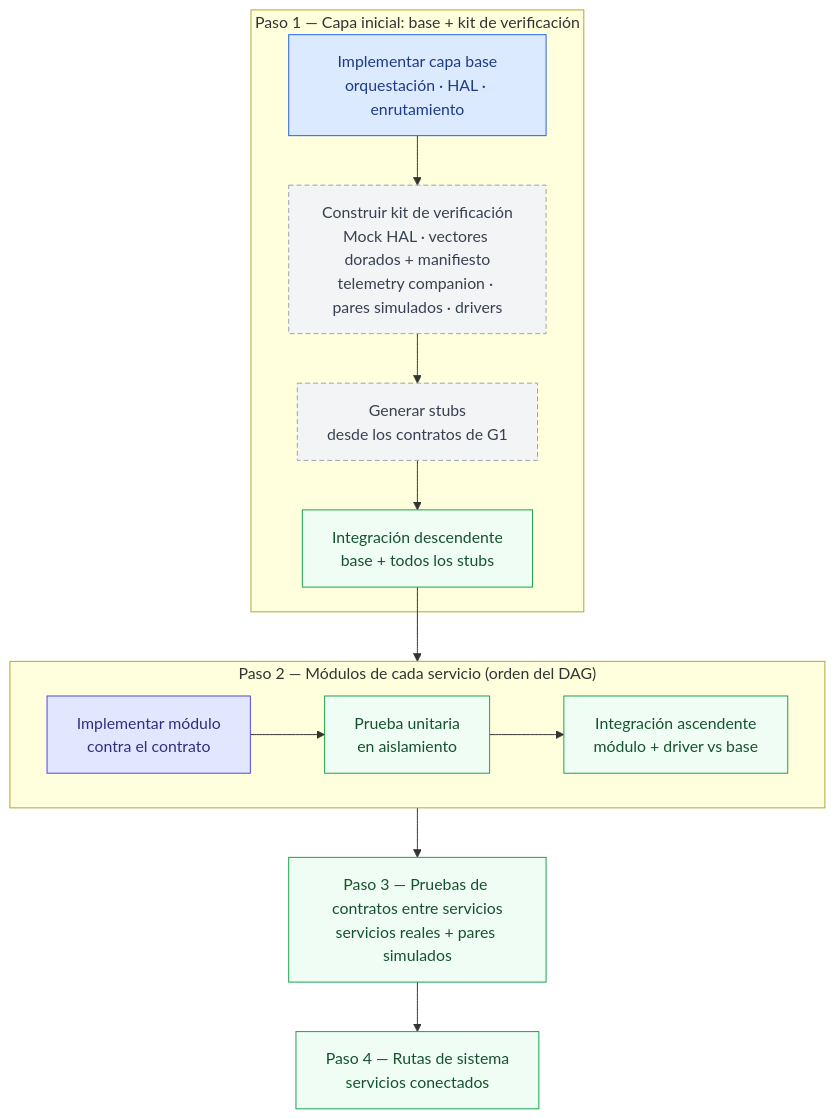
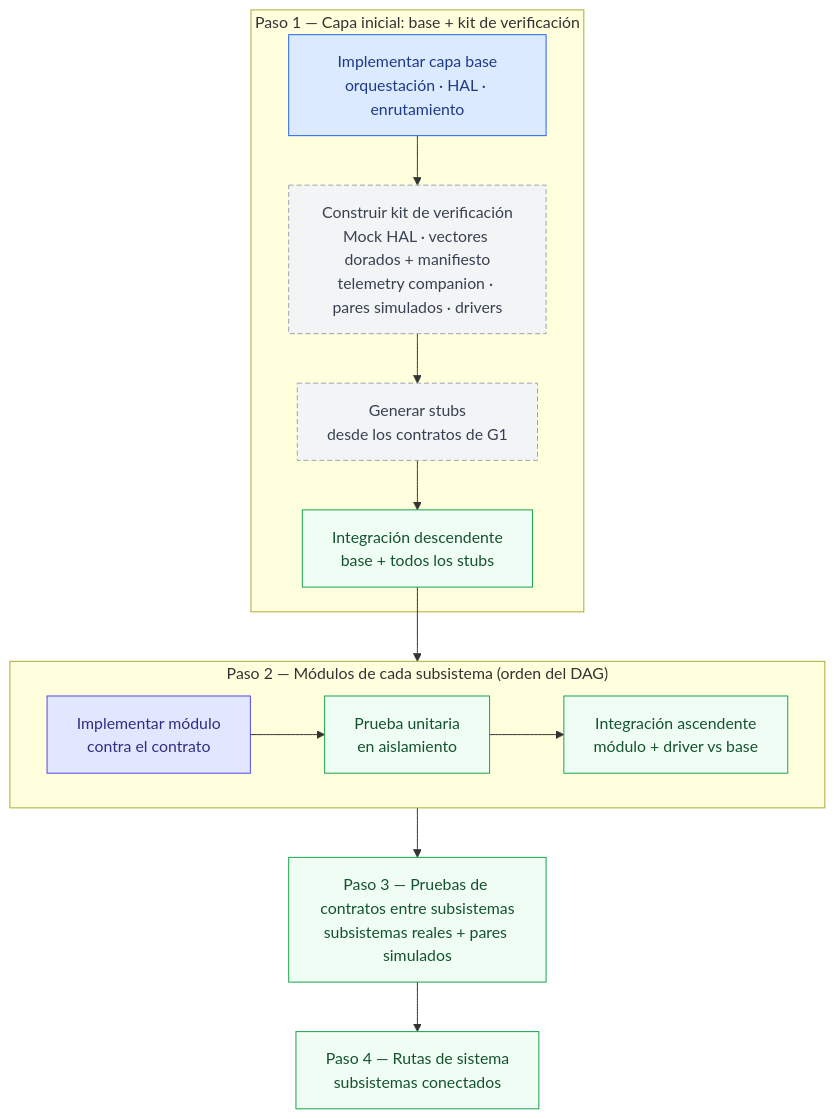
The eighth of 11 diagrams in methodology/V-SIL-v3/V-SIL_v3-spa.md (dramirezbe/codeanvil-gcpds), drawn with Mermaid before and after one commit. The commit also changed other lines of this file and 30 other files, not shown here.

````diff
--- a/methodology/V-SIL-v3/V-SIL_v3-spa.md
+++ b/methodology/V-SIL-v3/V-SIL_v3-spa.md
@@ -297,26 +297,26 @@
 ```mermaid
 flowchart TD
     classDef base fill:#dbeafe,stroke:#2563eb,color:#1e3a8a
     classDef mod fill:#e0e7ff,stroke:#4f46e5,color:#312e81
     classDef test fill:#f0fdf4,stroke:#16a34a,color:#14532d
     classDef stub fill:#f3f4f6,stroke:#9ca3af,color:#374151,stroke-dasharray:5 3
 
     subgraph STEP1["Paso 1 — Capa inicial: base + kit de verificación"]
         B["Implementar capa base<br/>orquestación · HAL · enrutamiento"]:::base
         KIT["Construir kit de verificación<br/>Mock HAL · vectores dorados + manifiesto<br/>telemetry companion · pares simulados · drivers"]:::stub
         STUBS["Generar stubs<br/>desde los contratos de G1"]:::stub
         TD["Integración descendente<br/>base + todos los stubs"]:::test
         B --> KIT --> STUBS --> TD
     end
 
-    subgraph STEP2["Paso 2 — Módulos de cada servicio (orden del DAG)"]
+    subgraph STEP2["Paso 2 — Módulos de cada subsistema (orden del DAG)"]
         IMPL["Implementar módulo<br/>contra el contrato"]:::mod
         UT["Prueba unitaria<br/>en aislamiento"]:::test
         BU["Integración ascendente<br/>módulo + driver vs base"]:::test
         IMPL --> UT --> BU
     end
 
     TD --> STEP2
-    STEP2 --> CONTRACT["Paso 3 — Pruebas de contratos entre servicios<br/>servicios reales + pares simulados"]:::test
-    CONTRACT --> SYSTEM["Paso 4 — Rutas de sistema<br/>servicios conectados"]:::test
+    STEP2 --> CONTRACT["Paso 3 — Pruebas de contratos entre subsistemas<br/>subsistemas reales + pares simulados"]:::test
+    CONTRACT --> SYSTEM["Paso 4 — Rutas de sistema<br/>subsistemas conectados"]:::test
 ```
````
